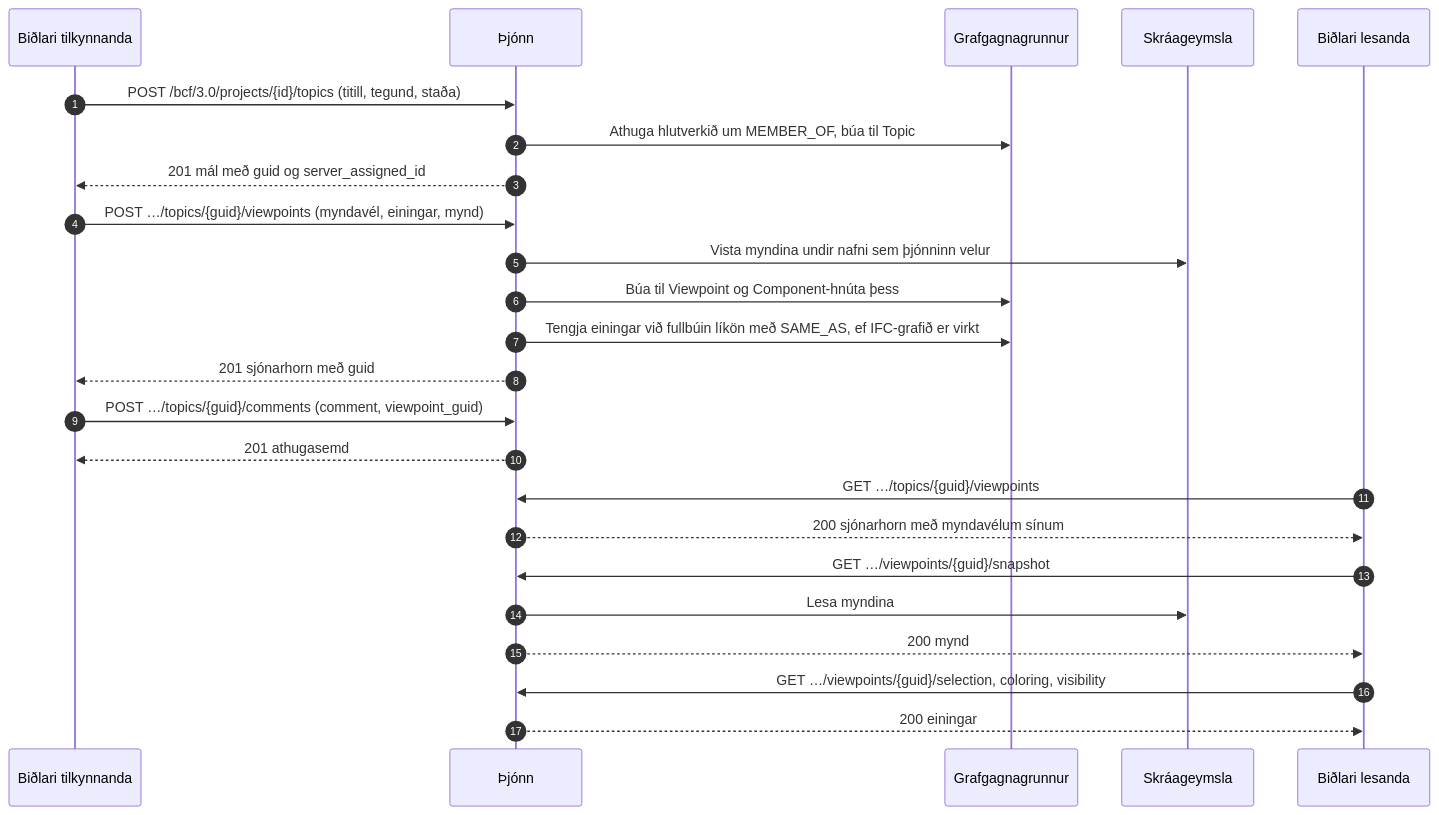
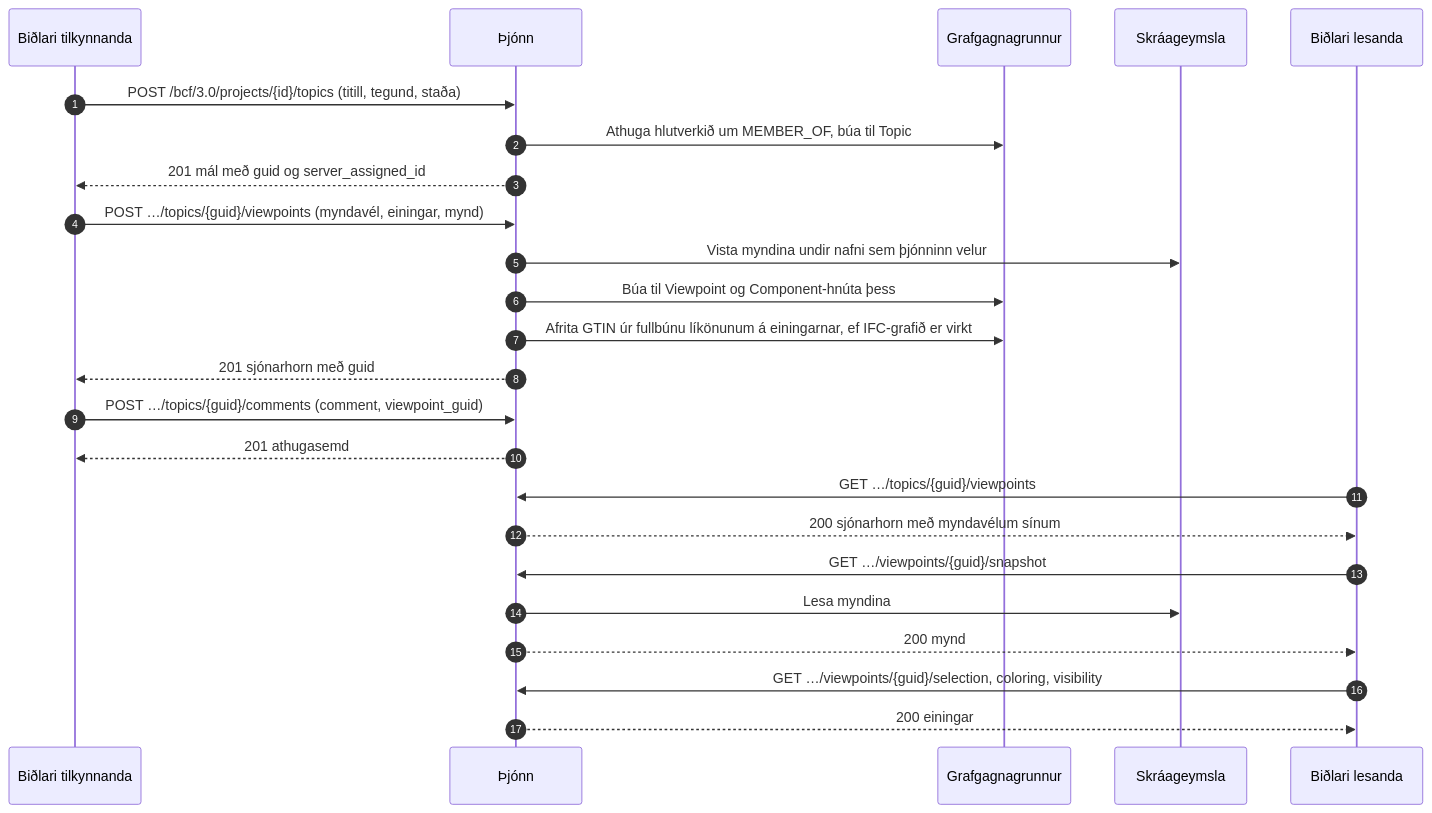
One commit to marwiss/Kontroll changed the diagram in docs/is/flows/bcf-viewpoint.md. Above: the diagram before and after it, drawn with Mermaid. The commit also changed other lines of this file and 50 other files, not shown here.

First line of the commit message:
Take the queries and the GTIN from IFC-LPG

````diff
--- a/docs/is/flows/bcf-viewpoint.md
+++ b/docs/is/flows/bcf-viewpoint.md
@@ -8,27 +8,27 @@
 ```mermaid
 sequenceDiagram
     autonumber
     participant A as Biðlari tilkynnanda
     participant S as Þjónn
     participant G as Grafgagnagrunnur
     participant F as Skráageymsla
     participant B as Biðlari lesanda
 
     A->>S: POST /bcf/3.0/projects/{id}/topics (titill, tegund, staða)
     S->>G: Athuga hlutverkið um MEMBER_OF, búa til Topic
     S-->>A: 201 mál með guid og server_assigned_id
     A->>S: POST …/topics/{guid}/viewpoints (myndavél, einingar, mynd)
     S->>F: Vista myndina undir nafni sem þjónninn velur
     S->>G: Búa til Viewpoint og Component-hnúta þess
-    S->>G: Tengja einingar við fullbúin líkön með SAME_AS, ef IFC-grafið er virkt
+    S->>G: Afrita GTIN úr fullbúnu líkönunum á einingarnar, ef IFC-grafið er virkt
     S-->>A: 201 sjónarhorn með guid
     A->>S: POST …/topics/{guid}/comments (comment, viewpoint_guid)
     S-->>A: 201 athugasemd
     B->>S: GET …/topics/{guid}/viewpoints
     S-->>B: 200 sjónarhorn með myndavélum sínum
     B->>S: GET …/viewpoints/{guid}/snapshot
     S->>F: Lesa myndina
     S-->>B: 200 mynd
     B->>S: GET …/viewpoints/{guid}/selection, coloring, visibility
     S-->>B: 200 einingar
 ```
````
